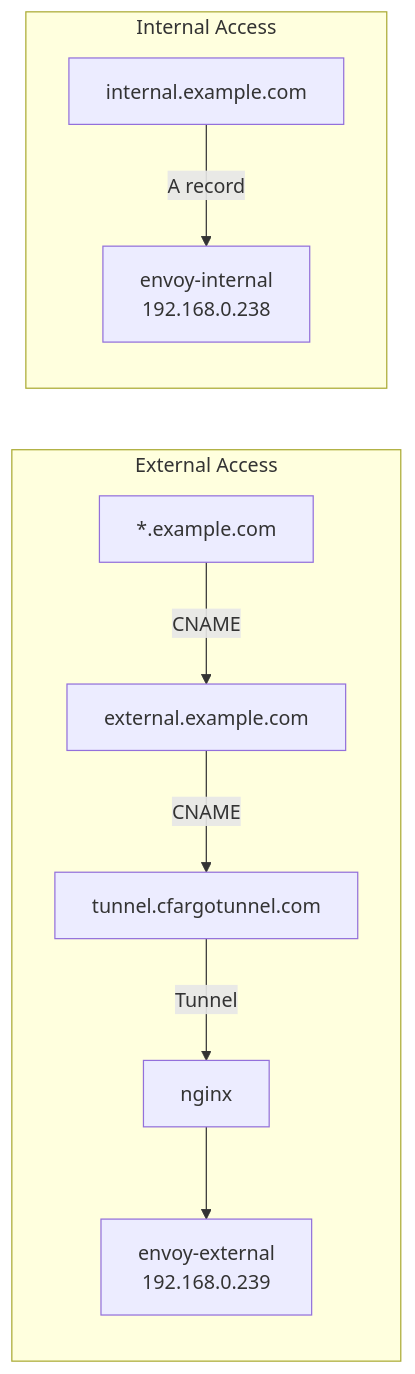
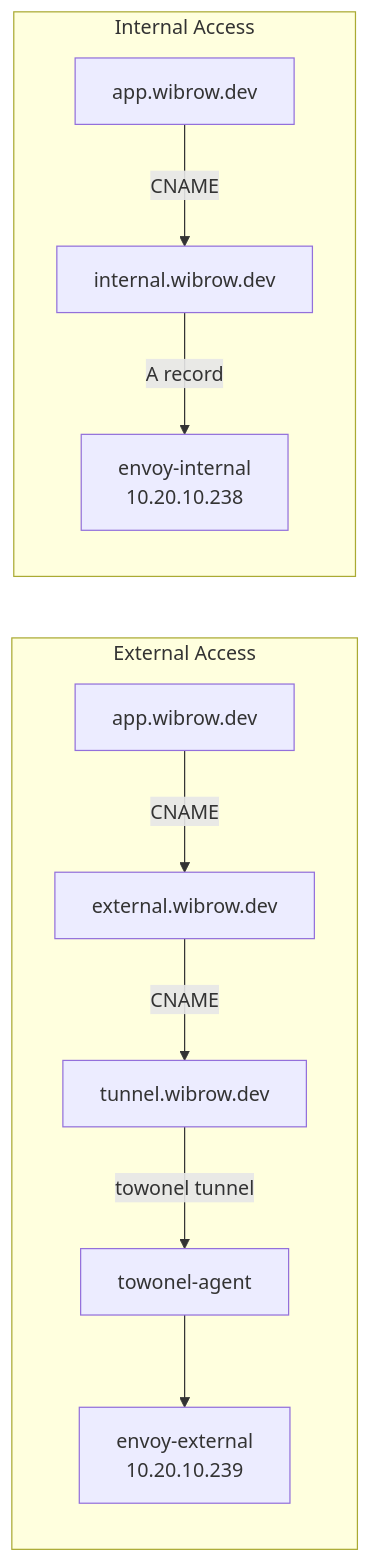
Before and after one commit to swibrow/home-ops: the second of 2 diagrams in docs/reference/ip-allocation.md, drawn with Mermaid. The commit also changed other lines of this file and 105 other files, not shown here.

````diff
--- a/docs/reference/ip-allocation.md
+++ b/docs/reference/ip-allocation.md
@@ -84,13 +127,14 @@
 ```mermaid
 flowchart LR
     subgraph External["External Access"]
-        W1["*.example.com"] -->|CNAME| E1["external.example.com"]
-        E1 -->|CNAME| T1["tunnel.cfargotunnel.com"]
-        T1 -->|Tunnel| N1[nginx]
-        N1 --> EE1[envoy-external<br/>192.168.0.239]
+        W1["app.wibrow.dev"] -->|CNAME| E1["external.wibrow.dev"]
+        E1 -->|CNAME| T1["tunnel.wibrow.dev"]
+        T1 -->|towonel tunnel| A1[towonel-agent]
+        A1 --> EE1[envoy-external<br/>10.20.10.239]
     end
 
     subgraph Internal["Internal Access"]
-        W3["internal.example.com"] -->|A record| EI1[envoy-internal<br/>192.168.0.238]
+        W3["app.wibrow.dev"] -->|CNAME| I3["internal.wibrow.dev"]
+        I3 -->|A record| EI1[envoy-internal<br/>10.20.10.238]
     end
 ```
````
